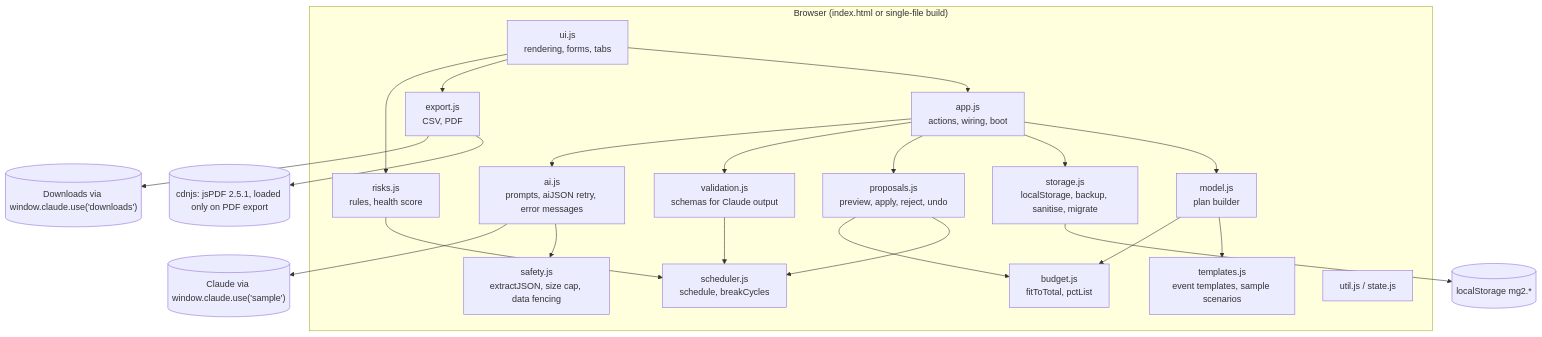
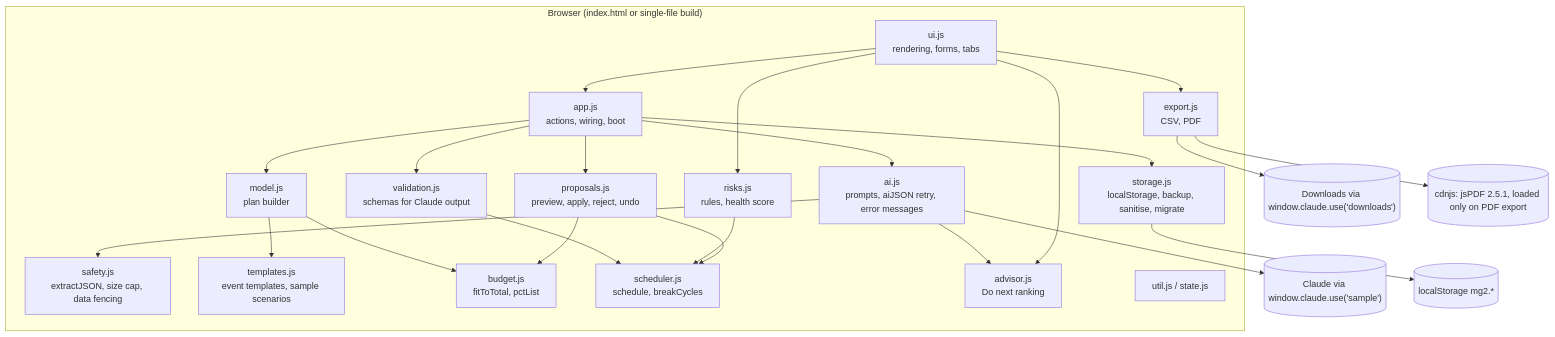
One commit to kunwarvishal18/marigold-ai-event-planner changed the first of 2 diagrams in ARCHITECTURE.md. Above: the diagram before and after it, drawn with Mermaid. The commit also changed other lines of this file and 38 other files, not shown here.

````diff
--- a/ARCHITECTURE.md
+++ b/ARCHITECTURE.md
@@ -21,37 +22,40 @@
 ```mermaid
 flowchart TD
   subgraph Browser["Browser (index.html or single-file build)"]
     APP["app.js<br/>actions, wiring, boot"]
     UI["ui.js<br/>rendering, forms, tabs"]
     AI["ai.js<br/>prompts, aiJSON retry, error messages"]
     SAFE["safety.js<br/>extractJSON, size cap, data fencing"]
     VAL["validation.js<br/>schemas for Claude output"]
     PROP["proposals.js<br/>preview, apply, reject, undo"]
     STORE["storage.js<br/>localStorage, backup, sanitise, migrate"]
     MODEL["model.js<br/>plan builder"]
     TPL["templates.js<br/>event templates, sample scenarios"]
     BUD["budget.js<br/>fitToTotal, pctList"]
     SCHED["scheduler.js<br/>schedule, breakCycles"]
     RISK["risks.js<br/>rules, health score"]
+    ADV["advisor.js<br/>Do next ranking"]
     EXP["export.js<br/>CSV, PDF"]
     UTIL["util.js / state.js"]
   end
   CLAUDE[("Claude via window.claude.use('sample')")]
   DL[("Downloads via window.claude.use('downloads')")]
   LS[("localStorage mg2.*")]
   CDN[("cdnjs: jsPDF 2.5.1, loaded only on PDF export")]
 
   APP --> AI --> CLAUDE
   AI --> SAFE
   APP --> VAL
   APP --> PROP --> BUD
   PROP --> SCHED
   APP --> STORE --> LS
   APP --> MODEL --> BUD
   MODEL --> TPL
   UI --> RISK --> SCHED
+  UI --> ADV
+  AI --> ADV
   UI --> EXP --> DL
   EXP --> CDN
   VAL --> SCHED
   UI --> APP
 ```
````
